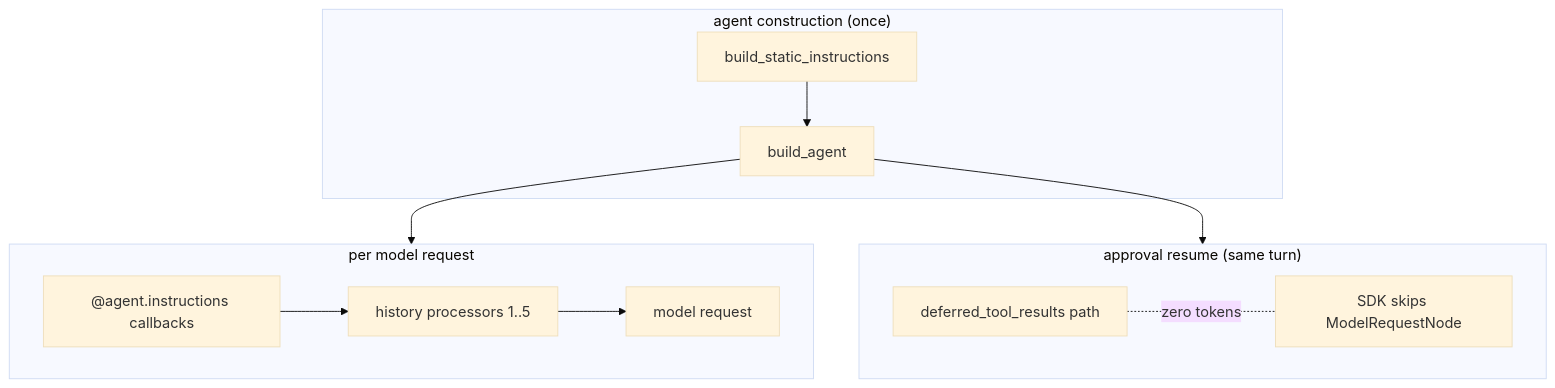
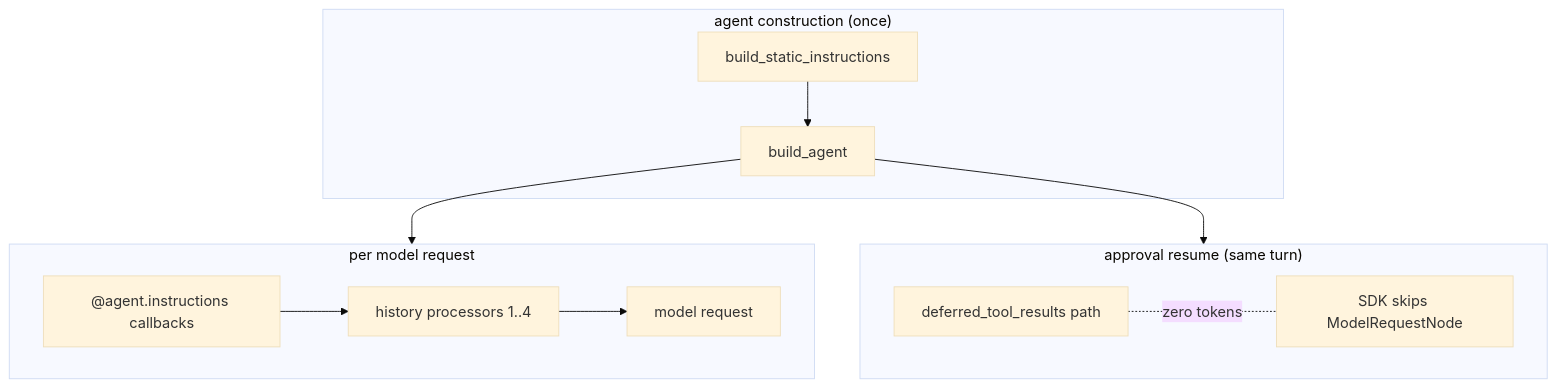
Before and after one commit to binlecode/co-cli: the diagram in docs/specs/prompt-assembly.md, drawn with Mermaid (base theme). The commit also changed other lines of this file and 23 other files, not shown here.

````diff
--- a/docs/specs/prompt-assembly.md
+++ b/docs/specs/prompt-assembly.md
@@ -14,24 +14,24 @@
 ```mermaid
 flowchart TD
     subgraph Build["agent construction (once)"]
         Static[build_static_instructions]
         MainAgent[build_agent]
         Static --> MainAgent
     end
 
     subgraph PerRequest["per model request"]
         Dynamic["@agent.instructions callbacks"]
-        Processors["history processors 1..5"]
+        Processors["history processors 1..4"]
         Model[model request]
         Dynamic --> Processors --> Model
     end
 
     subgraph ResumeRequest["approval resume (same turn)"]
         ResumeModel["deferred_tool_results path"]
         ResumeNote["SDK skips ModelRequestNode"]
         ResumeModel -. zero tokens .- ResumeNote
     end
 
     MainAgent --> PerRequest
     MainAgent --> ResumeRequest
 ```
````
